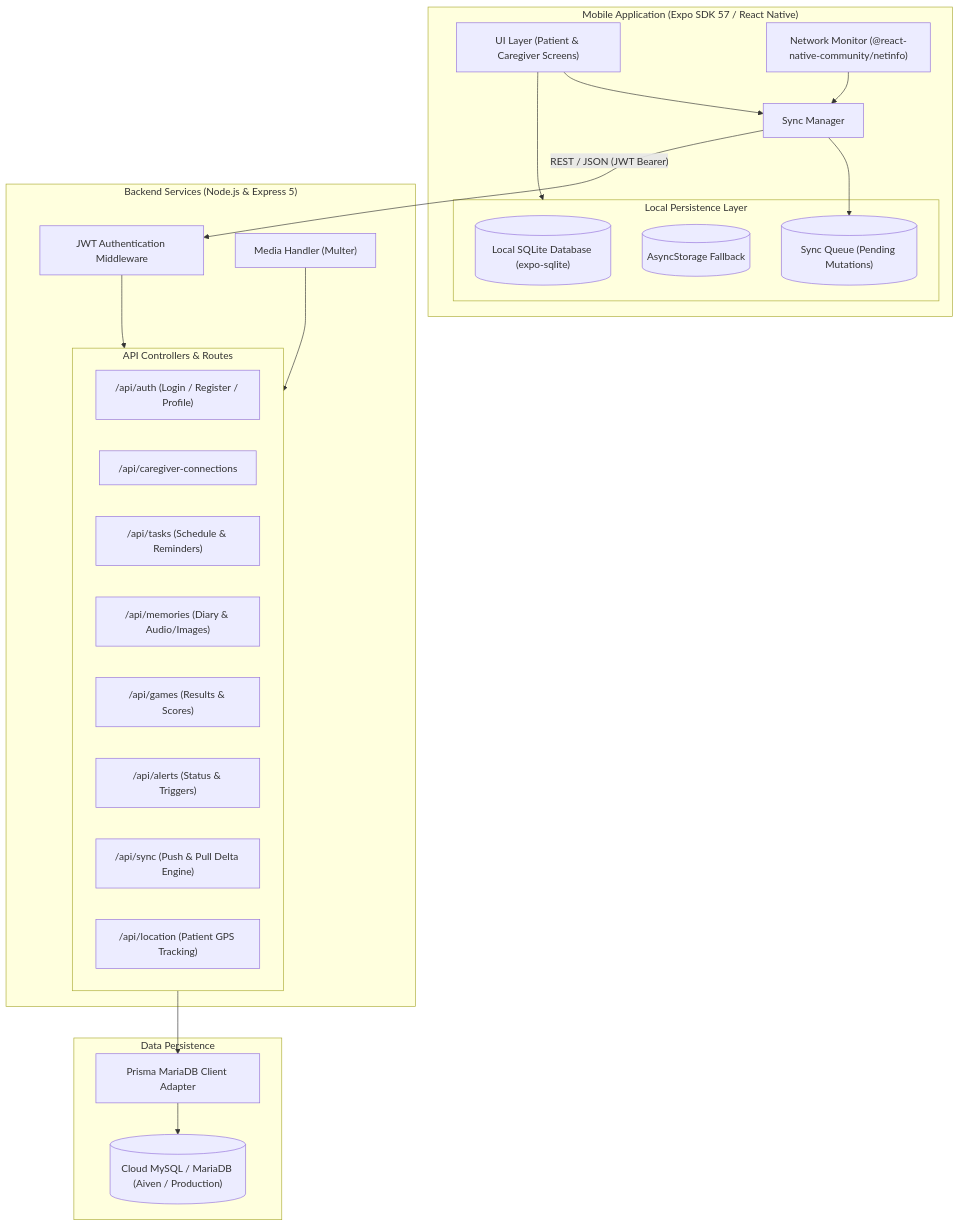
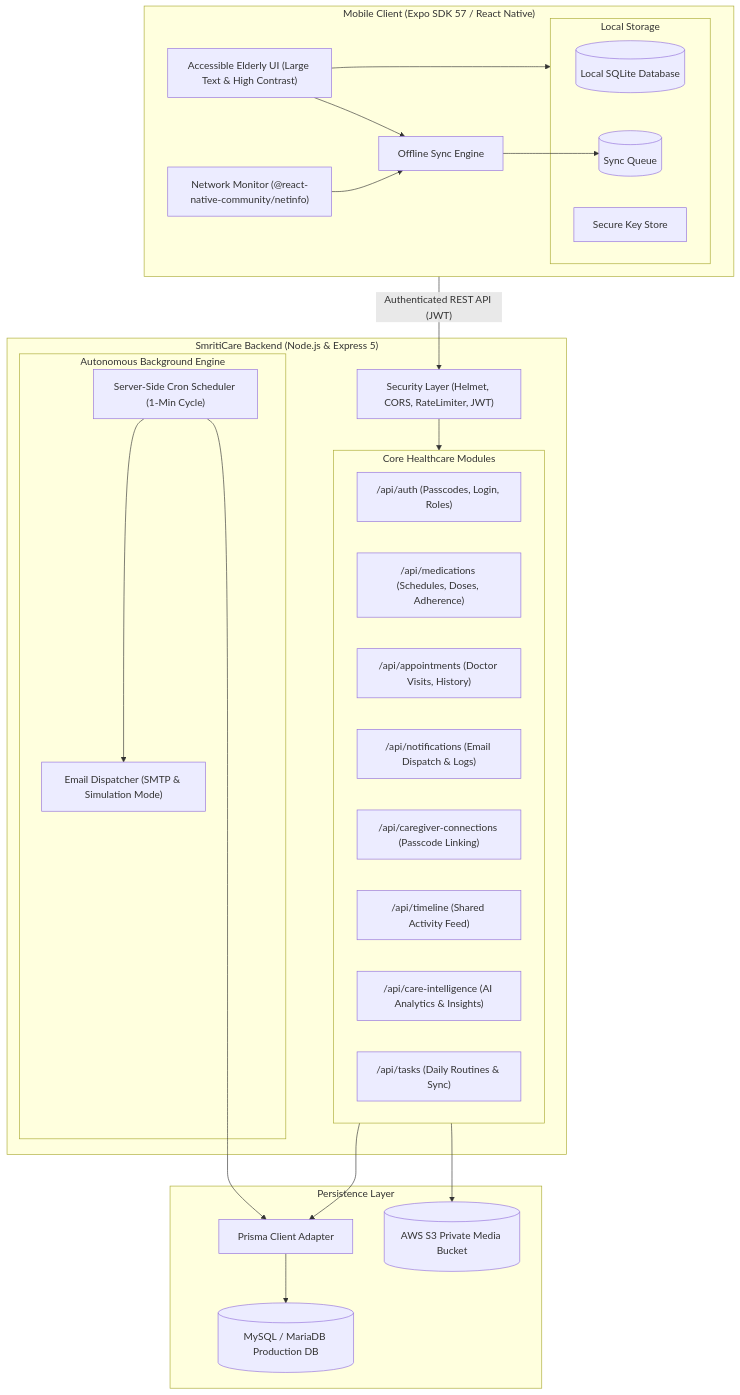
Before and after one commit to Ayeshaskhan17/Smriticare: the diagram in README.md, drawn with Mermaid. The commit also changed other lines of this file, not shown here.

Commit message:
docs: update README with full MnM hackathon problem alignment, architecture, and deployment guide

````diff
--- a/README.md
+++ b/README.md
@@ -16,46 +27,54 @@
 ```mermaid
 flowchart TD
-    subgraph MobileClient["Mobile Application (Expo SDK 57 / React Native)"]
-        UI["UI Layer (Patient & Caregiver Screens)"]
+    subgraph MobileClient["Mobile Client (Expo SDK 57 / React Native)"]
+        UI["Accessible Elderly UI (Large Text & High Contrast)"]
         NetMon["Network Monitor (@react-native-community/netinfo)"]
-        SyncMgr["Sync Manager"]
+        SyncMgr["Offline Sync Engine"]
         
-        subgraph LocalStore["Local Persistence Layer"]
-            SQLite[("Local SQLite Database (expo-sqlite)")]
-            AsyncStorage[("AsyncStorage Fallback")]
-            SyncQ[("Sync Queue (Pending Mutations)")]
+        subgraph LocalStore["Local Storage"]
+            SQLite[("Local SQLite Database")]
+            SecureStore["Secure Key Store"]
+            SyncQ[("Sync Queue")]
         end
         
         UI --> LocalStore
         UI --> SyncMgr
         NetMon --> SyncMgr
         SyncMgr --> SyncQ
     end
 
-    subgraph BackendAPI["Backend Services (Node.js & Express 5)"]
-        AuthMiddleware["JWT Authentication Middleware"]
-        UploadMulter["Media Handler (Multer)"]
+    subgraph BackendAPI["SmritiCare Backend (Node.js & Express 5)"]
+        SecMiddleware["Security Layer (Helmet, CORS, RateLimiter, JWT)"]
         
-        subgraph Controllers["API Controllers & Routes"]
-            AuthRoutes["/api/auth (Login / Register / Profile)"]
-            CaregiverRoutes["/api/caregiver-connections"]
-            TaskRoutes["/api/tasks (Schedule & Reminders)"]
-            MemoryRoutes["/api/memories (Diary & Audio/Images)"]
-            GameRoutes["/api/games (Results & Scores)"]
-            AlertRoutes["/api/alerts (Status & Triggers)"]
-            SyncRoutes["/api/sync (Push & Pull Delta Engine)"]
-            LocRoutes["/api/location (Patient GPS Tracking)"]
+        subgraph Modules["Core Healthcare Modules"]
+            AuthMod["/api/auth (Passcodes, Login, Roles)"]
+            MedMod["/api/medications (Schedules, Doses, Adherence)"]
+            ApptMod["/api/appointments (Doctor Visits, History)"]
+            NotifMod["/api/notifications (Email Dispatch & Logs)"]
+            CareMod["/api/caregiver-connections (Passcode Linking)"]
+            TimelineMod["/api/timeline (Shared Activity Feed)"]
+            IntelMod["/api/care-intelligence (AI Analytics & Insights)"]
+            TaskMod["/api/tasks (Daily Routines & Sync)"]
         end
+
+        subgraph BackgroundWorkers["Autonomous Background Engine"]
+            Scheduler["Server-Side Cron Scheduler (1-Min Cycle)"]
+            Mailer["Email Dispatcher (SMTP & Simulation Mode)"]
+        end
+        
+        Scheduler --> Mailer
     end
 
-    subgraph DatabaseLayer["Data Persistence"]
-        PrismaAdapter["Prisma MariaDB Client Adapter"]
-        MySQL[("Cloud MySQL / MariaDB (Aiven / Production)")]
+    subgraph DataLayer["Persistence Layer"]
+        PrismaClient["Prisma Client Adapter"]
+        MySQL[("MySQL / MariaDB Production DB")]
+        S3Storage[("AWS S3 Private Media Bucket")]
     end
 
-    SyncMgr -- "REST / JSON (JWT Bearer)" --> AuthMiddleware
-    AuthMiddleware --> Controllers
-    UploadMulter --> Controllers
-    Controllers --> PrismaAdapter
-    PrismaAdapter --> MySQL
+    MobileClient -- "Authenticated REST API (JWT)" --> SecMiddleware
+    SecMiddleware --> Modules
+    Modules --> PrismaClient
+    Modules --> S3Storage
+    PrismaClient --> MySQL
+    Scheduler --> PrismaClient
 ```
````
